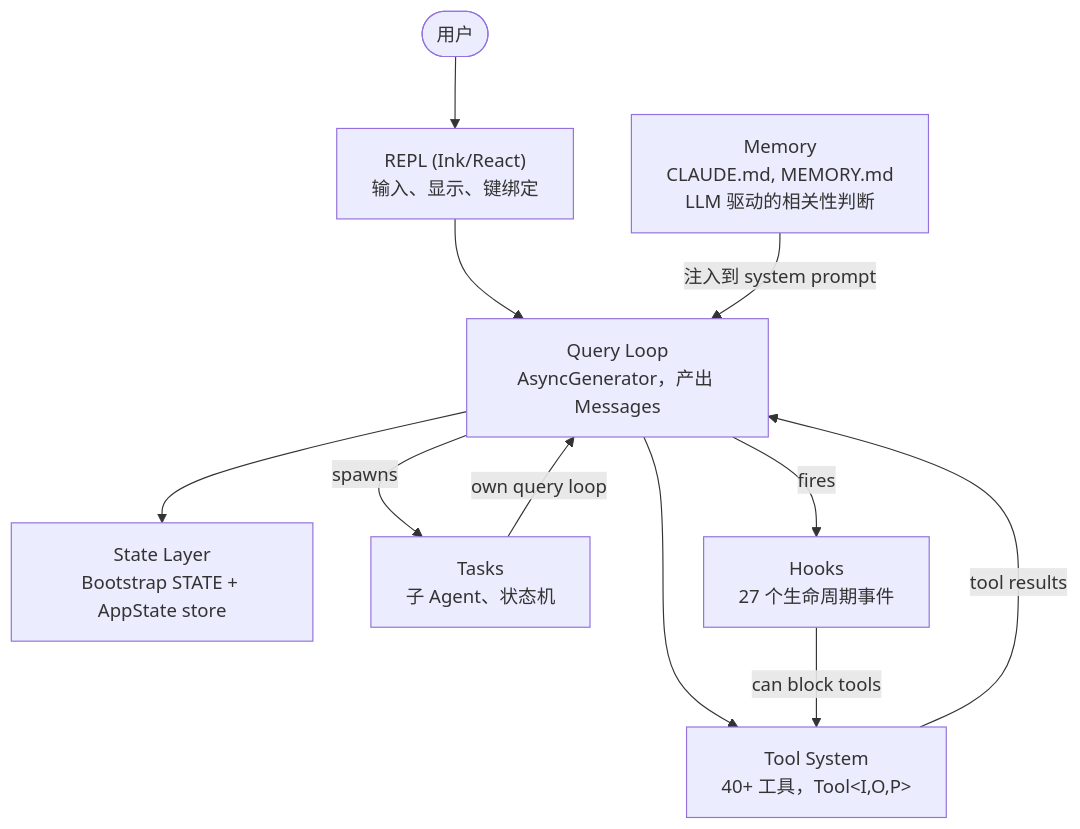
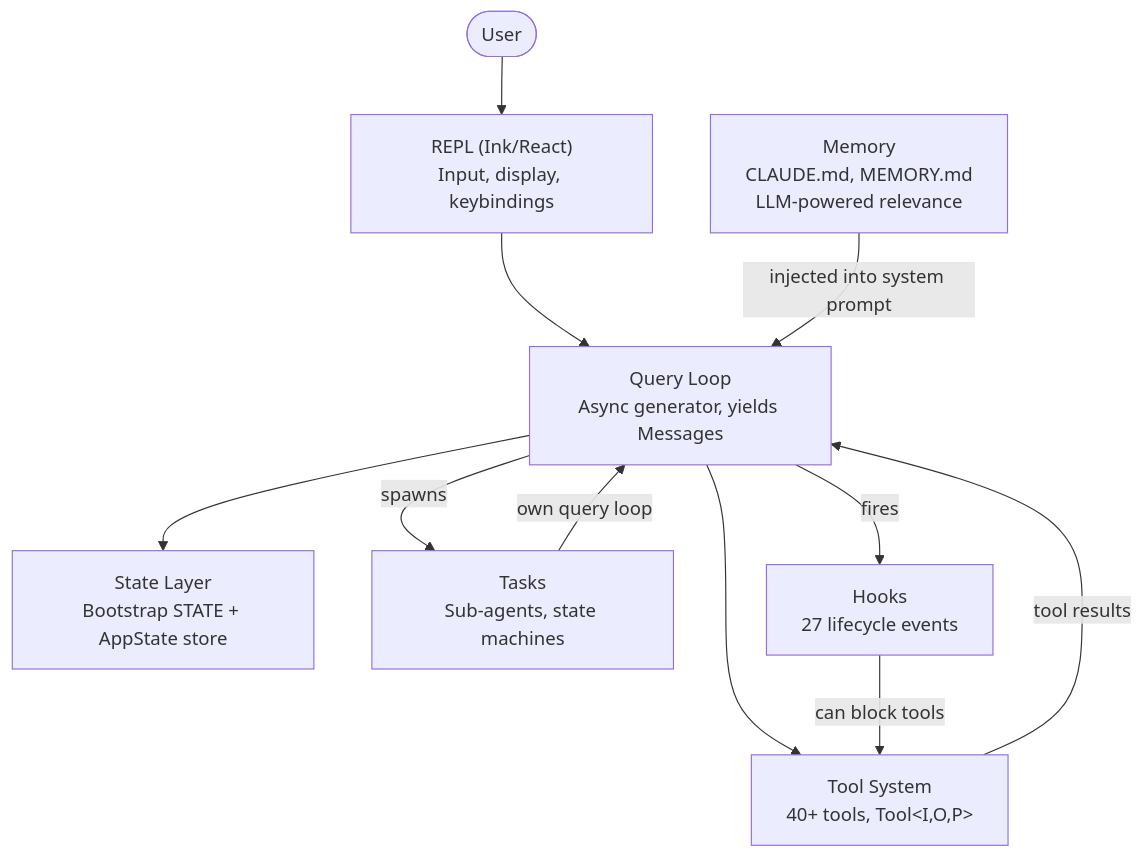
One commit to llwanghong/claude-code-universe changed the first of 5 diagrams in book-zh/ch01-architecture.md. Above: the diagram before and after it, drawn with Mermaid. The commit also changed other lines of this file and 4 other files, not shown here.

````diff
--- a/book-zh/ch01-architecture.md
+++ b/book-zh/ch01-architecture.md
@@ -15,13 +19,13 @@
 ```mermaid
 graph TD
-    User([用户]) --> REPL["REPL (Ink/React)<br/>输入、显示、键绑定"]
-    REPL --> QL["Query Loop<br/>AsyncGenerator，产出 Messages"]
-    QL --> TS["Tool System<br/>40+ 工具，Tool&lt;I,O,P&gt;"]
+    User([User]) --> REPL["REPL (Ink/React)<br/>Input, display, keybindings"]
+    REPL --> QL["Query Loop<br/>Async generator, yields Messages"]
+    QL --> TS["Tool System<br/>40+ tools, Tool&lt;I,O,P&gt;"]
     QL --> SL["State Layer<br/>Bootstrap STATE + AppState store"]
     TS -->|tool results| QL
-    QL -->|spawns| Tasks["Tasks<br/>子 Agent、状态机"]
+    QL -->|spawns| Tasks["Tasks<br/>Sub-agents, state machines"]
     Tasks -->|own query loop| QL
-    QL -->|fires| Hooks["Hooks<br/>27 个生命周期事件"]
+    QL -->|fires| Hooks["Hooks<br/>27 lifecycle events"]
     Hooks -->|can block tools| TS
-    Memory["Memory<br/>CLAUDE.md, MEMORY.md<br/>LLM 驱动的相关性判断"] -->|注入到 system prompt| QL
+    Memory["Memory<br/>CLAUDE.md, MEMORY.md<br/>LLM-powered relevance"] -->|injected into system prompt| QL
 ```
````
